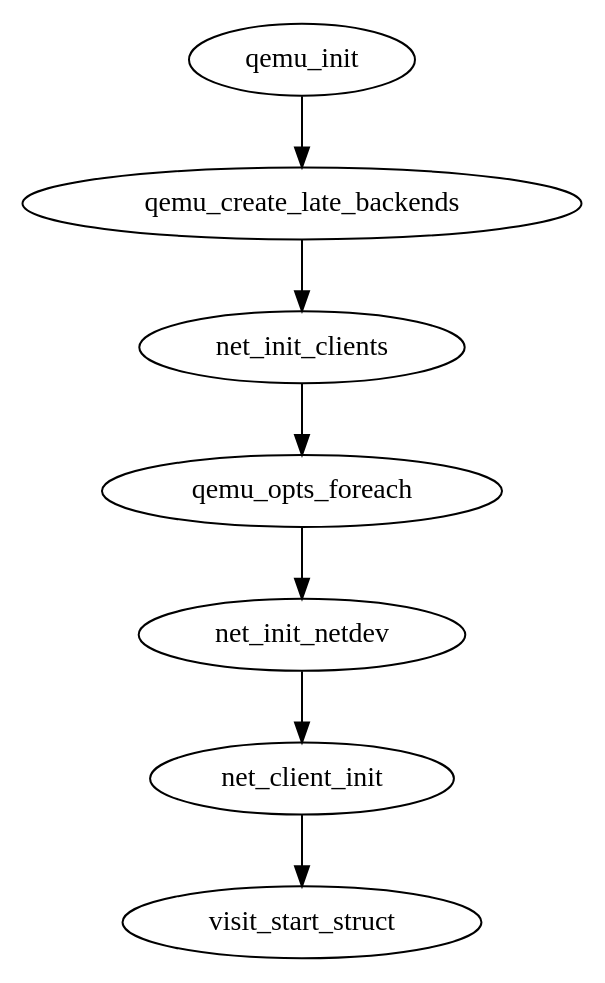
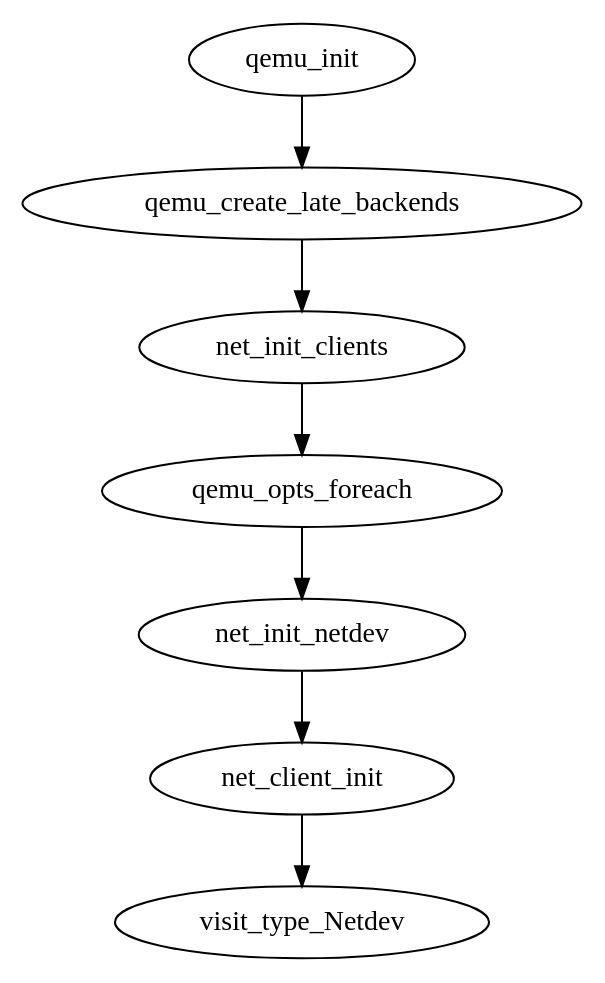
One commit to sisyphus1212/note changed the diagram in qemu/qemu vhost_user的初始化逻辑.md. Above: the diagram before and after it, drawn with Graphviz.

Commit message:
auto_update

````diff
--- a/qemu/qemu vhost_user的初始化逻辑.md
+++ b/qemu/qemu vhost_user的初始化逻辑.md
@@ -13,5 +13,5 @@
 ```graphviz
 digraph {
-qemu_init -> qemu_create_late_backends -> net_init_clients -> qemu_opts_foreach -> net_init_netdev -> net_client_init -> visit_start_struct
+qemu_init -> qemu_create_late_backends -> net_init_clients -> qemu_opts_foreach -> net_init_netdev -> net_client_init -> visit_type_Netdev 
 }
 ```
````
